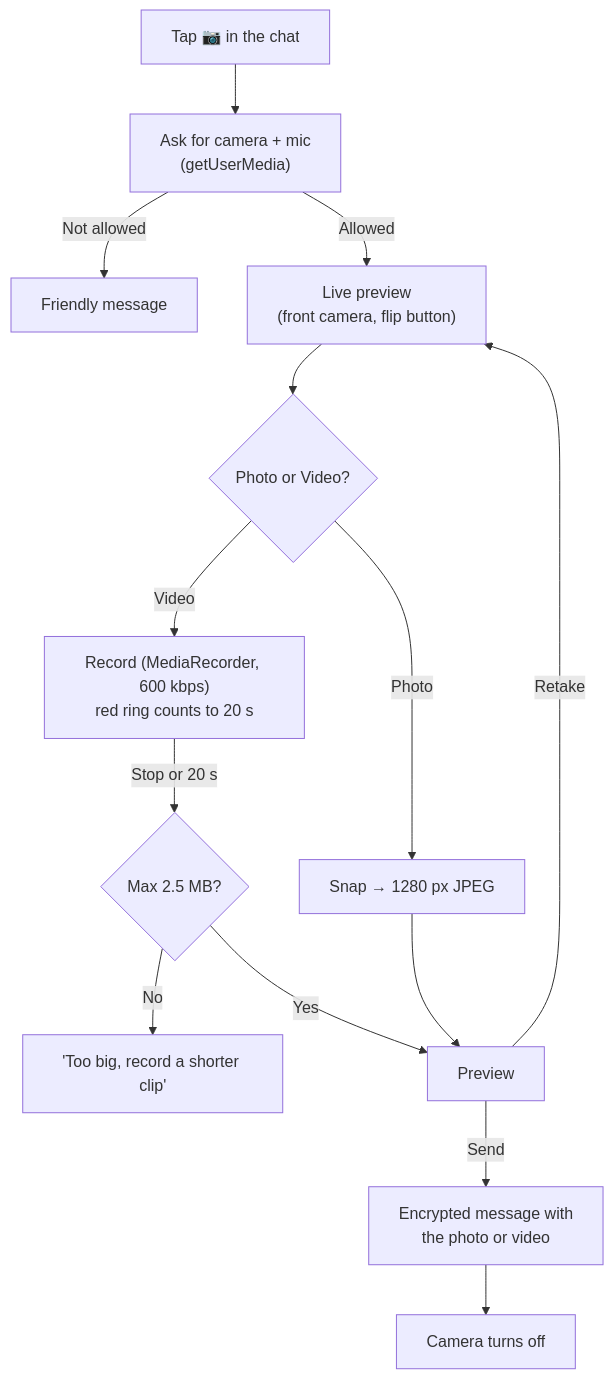
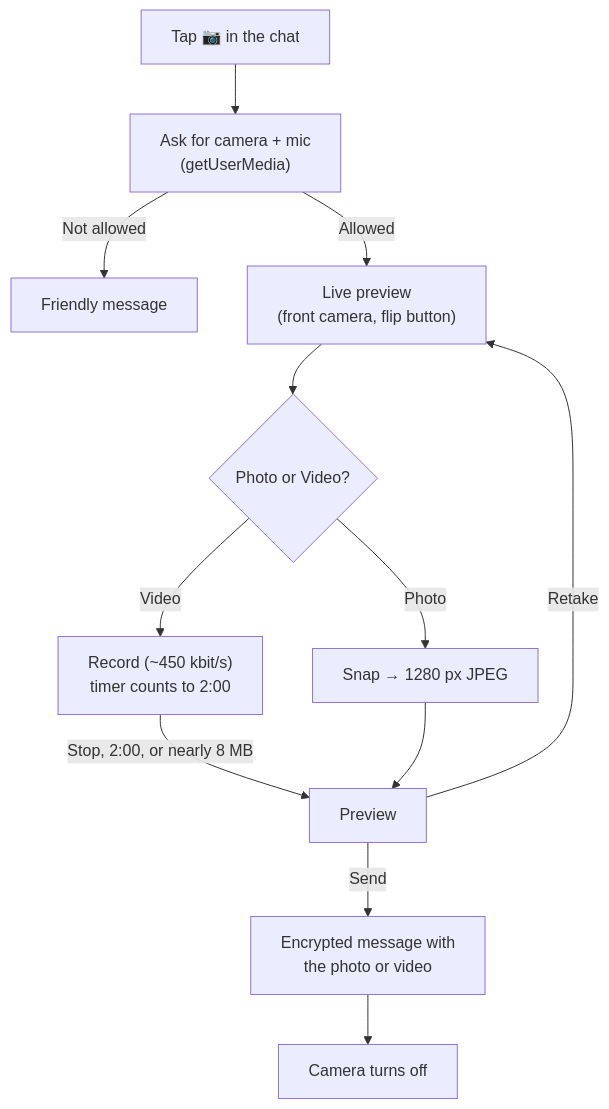
Diagram 13 of 30 in front-end/doc/04-flowcharts.md (silent-coder-dev/private-space), drawn with Mermaid before and after one commit. The commit also changed other lines of this file and 78 other files, not shown here.

````diff
--- a/front-end/doc/04-flowcharts.md
+++ b/front-end/doc/04-flowcharts.md
@@ -282,16 +293,14 @@
 ```mermaid
 flowchart TD
     A["Tap 📷 in the chat"] --> B["Ask for camera + mic<br/>(getUserMedia)"]
     B -->|"Not allowed"| X["Friendly message"]
     B -->|"Allowed"| C["Live preview<br/>(front camera, flip button)"]
     C --> D{"Photo or Video?"}
     D -->|"Photo"| E["Snap → 1280 px JPEG"]
-    D -->|"Video"| F["Record (MediaRecorder, 600 kbps)<br/>red ring counts to 20 s"]
-    F -->|"Stop or 20 s"| G{"Max 2.5 MB?"}
-    G -->|"No"| X2["'Too big, record a shorter clip'"]
-    G -->|"Yes"| H["Preview"]
+    D -->|"Video"| F["Record (~450 kbit/s)<br/>timer counts to 2:00"]
+    F -->|"Stop, 2:00, or nearly 8 MB"| H["Preview"]
     E --> H
     H -->|"Retake"| C
     H -->|"Send"| I["Encrypted message with<br/>the photo or video"]
     I --> J["Camera turns off"]
 ```
````
